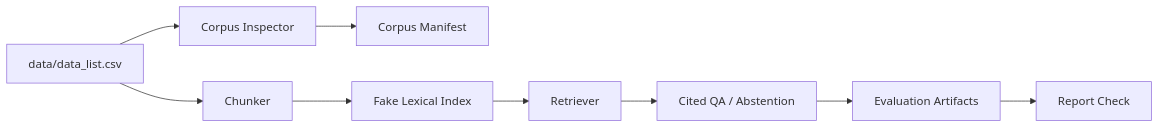
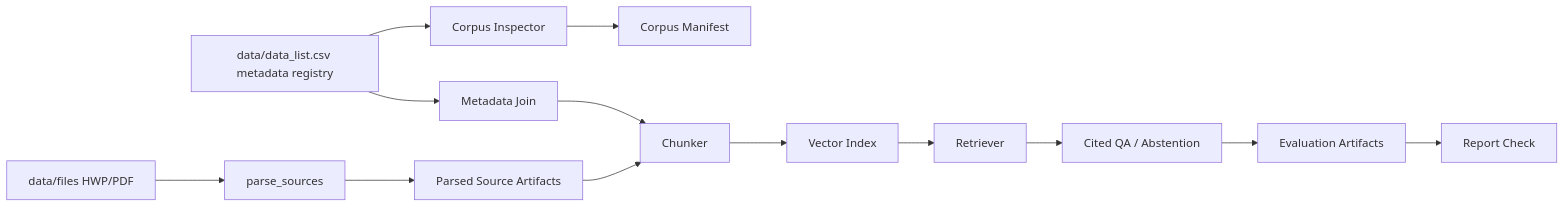
The diagram in REPORT.md (hskim-solv/rfp-rag), drawn with Mermaid before and after one commit. The commit also changed other lines of this file and 23 other files, not shown here.

````diff
--- a/REPORT.md
+++ b/REPORT.md
@@ -23,11 +23,15 @@
 ```mermaid
 flowchart LR
-  A[data/data_list.csv] --> B[Corpus Inspector]
+  A[data/data_list.csv metadata registry] --> B[Corpus Inspector]
   B --> C[Corpus Manifest]
-  A --> D[Chunker]
-  D --> E[Fake Lexical Index]
+  S[data/files HWP/PDF] --> P[parse_sources]
+  P --> T[Parsed Source Artifacts]
+  A --> M[Metadata Join]
+  T --> D[Chunker]
+  M --> D
+  D --> E[Vector Index]
   E --> F[Retriever]
   F --> G[Cited QA / Abstention]
   G --> H[Evaluation Artifacts]
   H --> I[Report Check]
 ```
````
